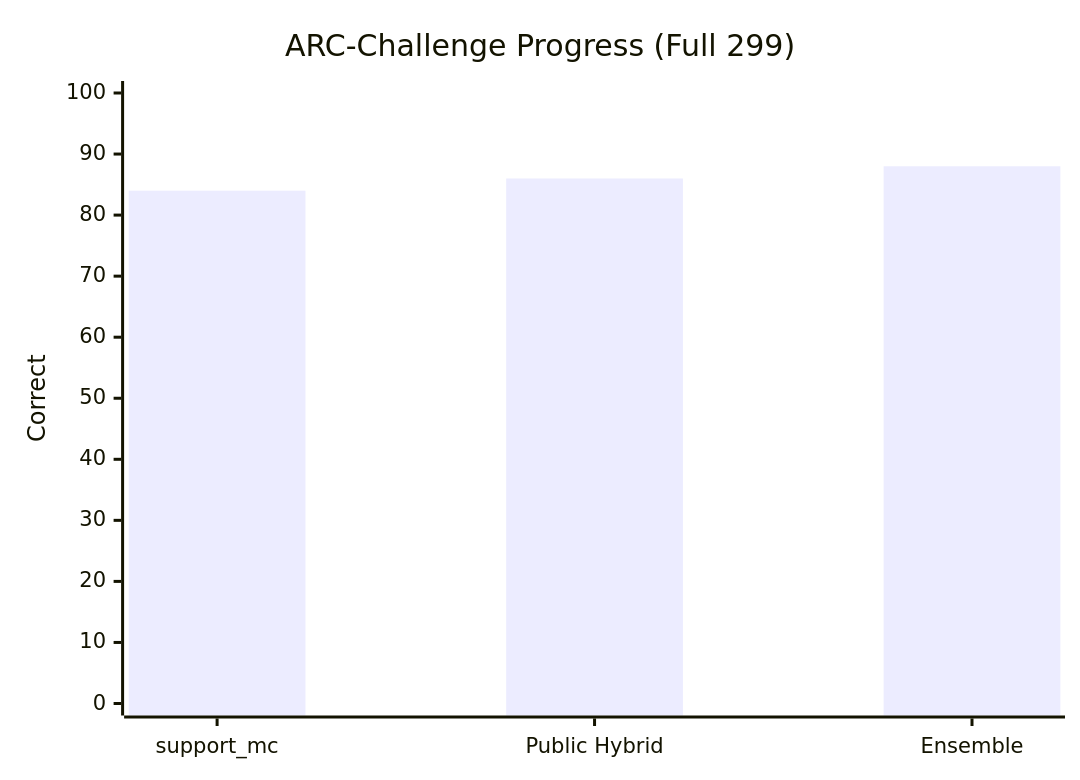
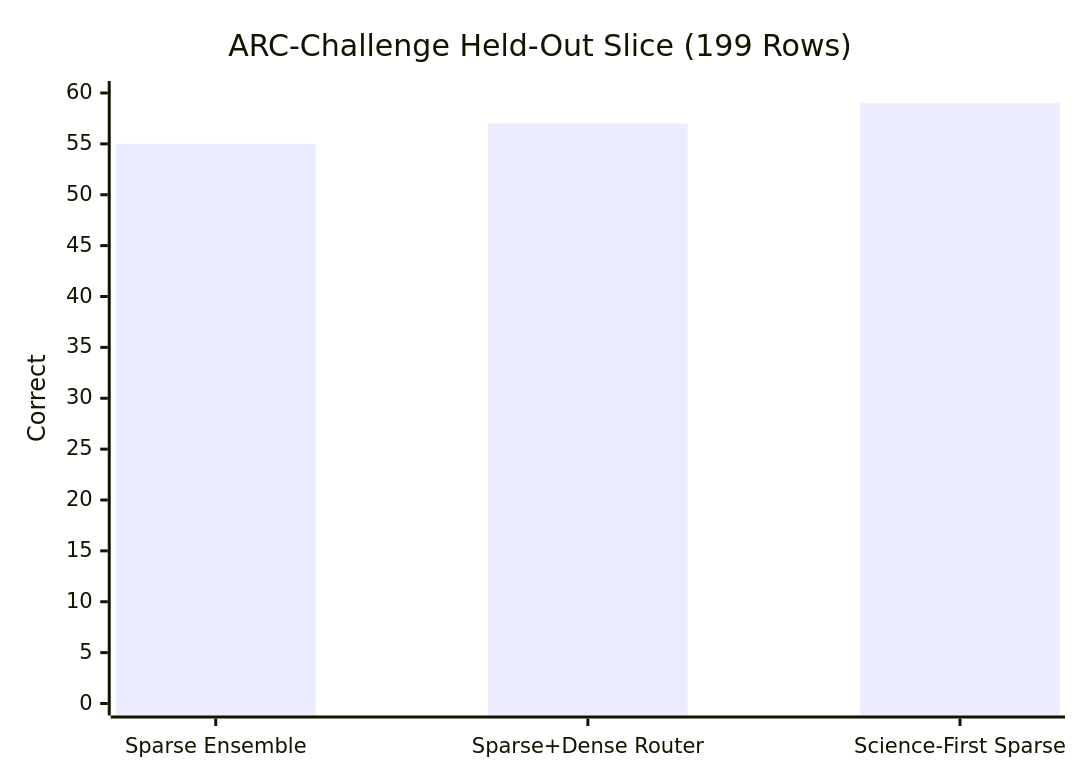
One commit to NAME0x0/AVA changed the second of 4 diagrams in README.md. Above: the diagram before and after it, drawn with Mermaid. The commit also changed other lines of this file and 308 other files, not shown here.

Commit message:
feat(research): add science-first ARC retrieval milestone

````diff
--- a/README.md
+++ b/README.md
@@ -46,7 +55,7 @@
 ```mermaid
 xychart-beta
-    title "ARC-Challenge Progress (Full 299)"
-    x-axis ["support_mc", "Public Hybrid", "Ensemble"]
-    y-axis "Correct" 0 --> 100
-    bar [84, 86, 88]
+    title "ARC-Challenge Held-Out Slice (199 Rows)"
+    x-axis ["Sparse Ensemble", "Sparse+Dense Router", "Science-First Sparse"]
+    y-axis "Correct" 0 --> 60
+    bar [55, 57, 59]
 ```
````
